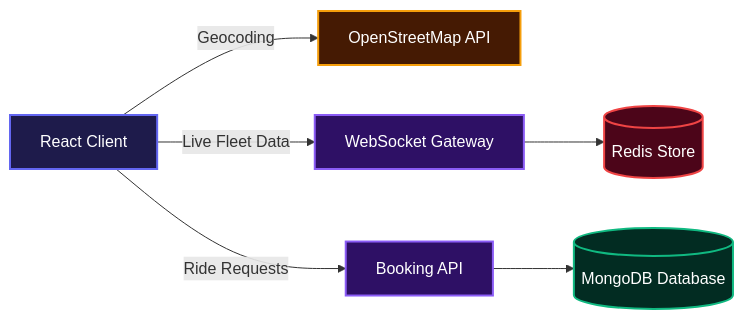
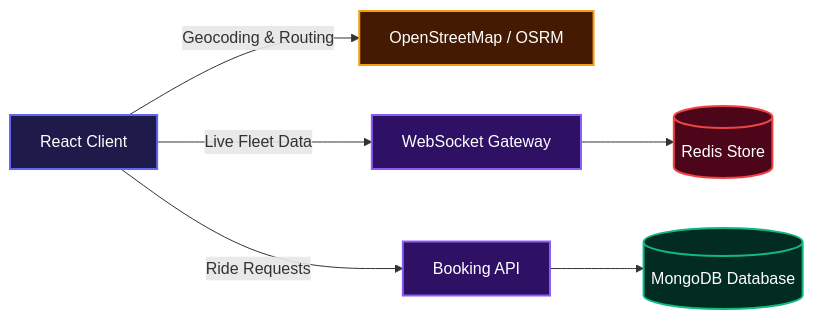
One commit to olusanyaemmanuelpg-sudo/Geodash changed the first of 3 diagrams in geodashFrontend/README.md. Above: the diagram before and after it, drawn with Mermaid. The commit also changed other lines of this file, not shown here.

Commit message:
Update README to clarify OpenStreetMap usage and add environment variable section

````diff
--- a/geodashFrontend/README.md
+++ b/geodashFrontend/README.md
@@ -7,22 +7,22 @@
 ```mermaid
 flowchart LR
   WebClient["React Client"]
-  OSM["OpenStreetMap API"]
+  OSM["OpenStreetMap / OSRM"]
   WSGateway["WebSocket Gateway"]
   APIServer["Booking API"]
   RedisCache[("Redis Store")]
   MongoDB[("MongoDB Database")]
 
-  WebClient -- "Geocoding" --> OSM
+  WebClient -- "Geocoding & Routing" --> OSM
   WebClient -- "Live Fleet Data" --> WSGateway
   WebClient -- "Ride Requests" --> APIServer
   WSGateway --> RedisCache
   APIServer --> MongoDB
 
   style WebClient fill:#1e1b4b,stroke:#6366f1,stroke-width:2px,color:#fff
   style OSM fill:#451a03,stroke:#f59e0b,stroke-width:2px,color:#fff
   style WSGateway fill:#2e1065,stroke:#8b5cf6,stroke-width:2px,color:#fff
   style APIServer fill:#2e1065,stroke:#8b5cf6,stroke-width:2px,color:#fff
   style RedisCache fill:#4c0519,stroke:#ef4444,stroke-width:2px,color:#fff
   style MongoDB fill:#022c22,stroke:#10b981,stroke-width:2px,color:#fff
 ```
````
